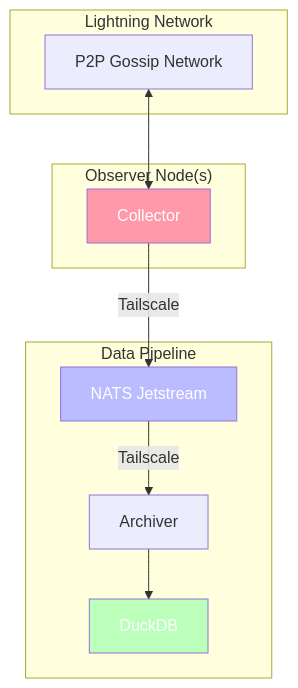
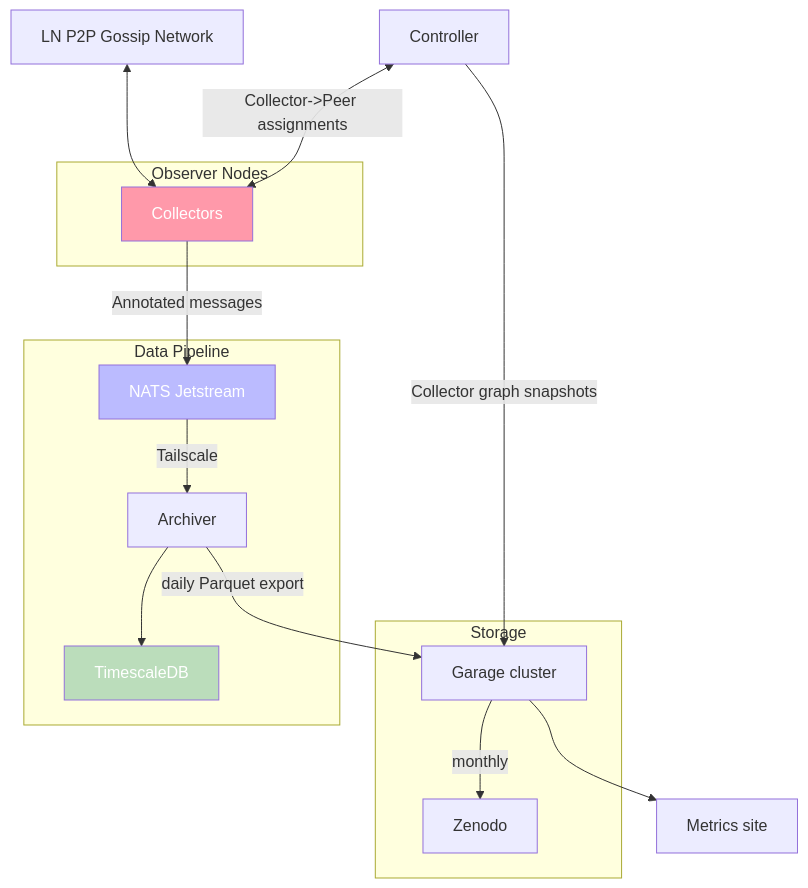
The diagram in README.md (jharveyb/gossip_observer), drawn with Mermaid before and after one commit. The commit also changed other lines of this file and 4 other files, not shown here.

````diff
--- a/README.md
+++ b/README.md
@@ -9,27 +51,39 @@
 ```mermaid
 graph TB
-    subgraph "Observer Node(s)"
-        C1[Collector]
+    subgraph "Observer Nodes"
+        C1[Collectors]
     end
-    
+
     subgraph "Data Pipeline"
         N[NATS Jetstream]
         A[Archiver]
-        D[DuckDB]
+        T[TimescaleDB]
     end
-    
-    subgraph "Lightning Network"
-        LN[P2P Gossip Network]
+
+    subgraph "Storage"
+        S3[Garage cluster]
+        Z[Zenodo]
     end
-    
+
+    LN[LN P2P Gossip Network]
+    CTRL[Controller]
+    M[Metrics site]
+
     LN <--> C1
-    
-    C1 -->|Tailscale| N
-    
+    CTRL <-->|Collector->Peer assignments| C1
+
+    C1 -->|Annotated messages| N
+    CTRL -->|Collector graph snapshots| S3
+
     N -->|Tailscale| A
-    A --> D
-    
+
+    A --> T
+    A -->|daily Parquet export| S3
+
+    S3 -->|monthly| Z
+    S3 --> M
+
     style C1 fill:#f9a,color:#fff
     style N fill:#bbf,color:#fff
-    style D fill:#bfb,color:#fff
+    style T fill:#bdb,color:#fff
 ```
````
